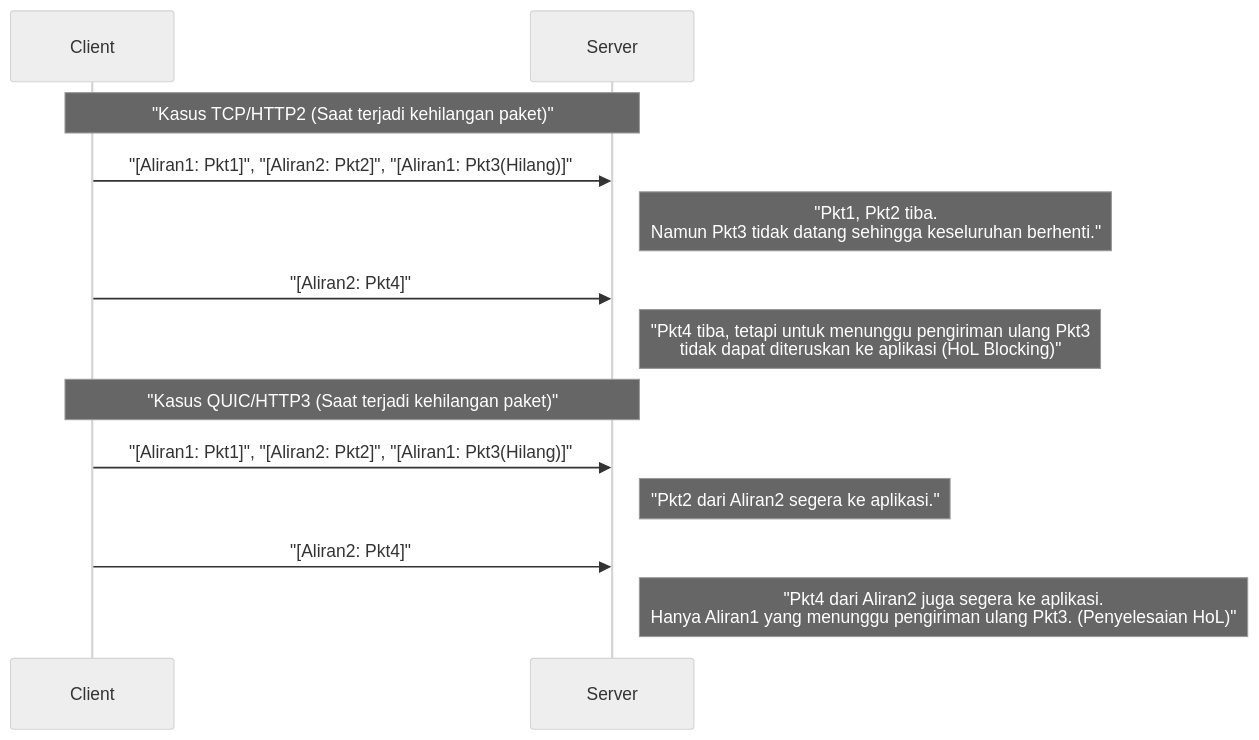
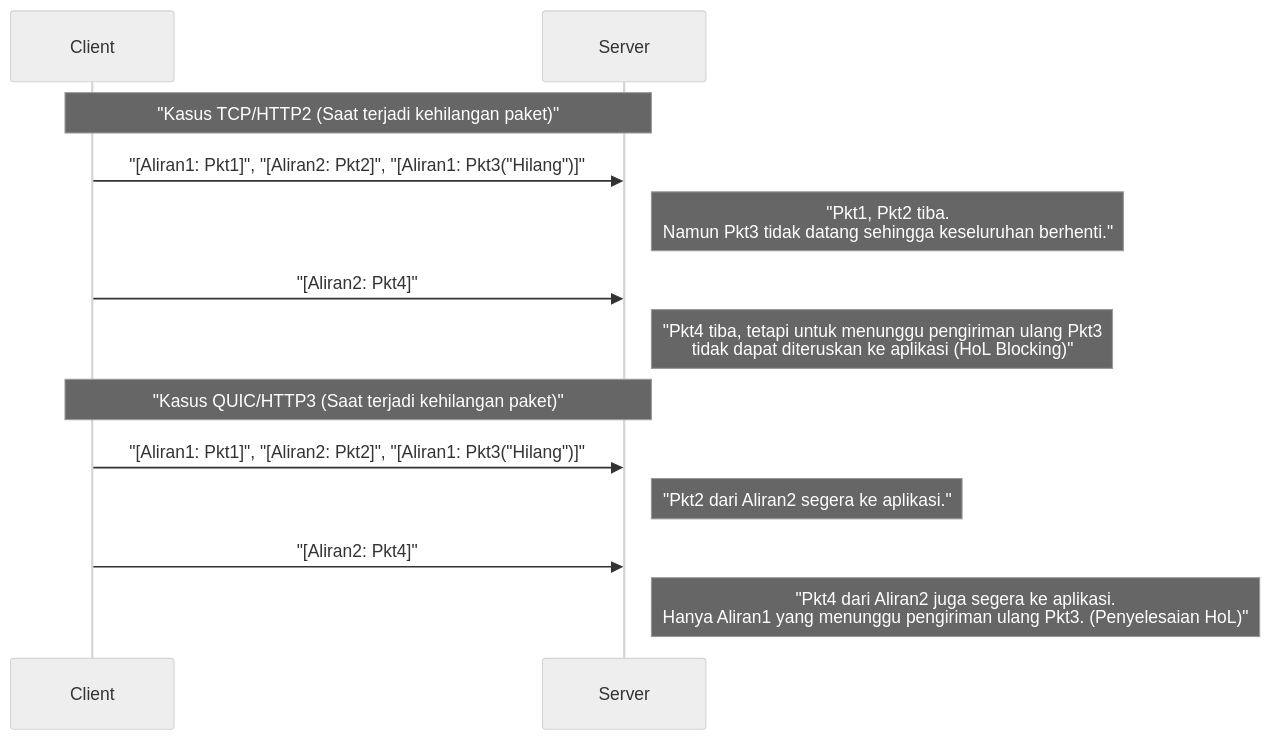
One commit to kenjinote/blog changed the third of 4 diagrams in content/post/http3-quic-protocol-tcp-udp/index.id.md. Above: the diagram before and after it, drawn with Mermaid (neutral theme). The commit also changed 929 other files, not shown here.

Commit message:
fix: Add double quotes to all Mermaid node texts to resolve syntax errors

````diff
--- a/content/post/http3-quic-protocol-tcp-udp/index.id.md
+++ b/content/post/http3-quic-protocol-tcp-udp/index.id.md
@@ -143,17 +143,17 @@
 ```mermaid
 sequenceDiagram
     participant Client
     participant Server
     
     Note over Client, Server: "Kasus TCP/HTTP2 (Saat terjadi kehilangan paket)"
-    Client->>Server: "[Aliran1: Pkt1]", "[Aliran2: Pkt2]", "[Aliran1: Pkt3(Hilang)]"
+    Client->>Server: "[Aliran1: Pkt1]", "[Aliran2: Pkt2]", "[Aliran1: Pkt3("Hilang")]"
     Note right of Server: "Pkt1, Pkt2 tiba.<br/>Namun Pkt3 tidak datang sehingga keseluruhan berhenti."
     Client->>Server: "[Aliran2: Pkt4]"
     Note right of Server: "Pkt4 tiba, tetapi untuk menunggu pengiriman ulang Pkt3<br/>tidak dapat diteruskan ke aplikasi (HoL Blocking)"
     
     Note over Client, Server: "Kasus QUIC/HTTP3 (Saat terjadi kehilangan paket)"
-    Client->>Server: "[Aliran1: Pkt1]", "[Aliran2: Pkt2]", "[Aliran1: Pkt3(Hilang)]"
+    Client->>Server: "[Aliran1: Pkt1]", "[Aliran2: Pkt2]", "[Aliran1: Pkt3("Hilang")]"
     Note right of Server: "Pkt2 dari Aliran2 segera ke aplikasi."
     Client->>Server: "[Aliran2: Pkt4]"
     Note right of Server: "Pkt4 dari Aliran2 juga segera ke aplikasi.<br/>Hanya Aliran1 yang menunggu pengiriman ulang Pkt3. (Penyelesaian HoL)"
 ```
````
